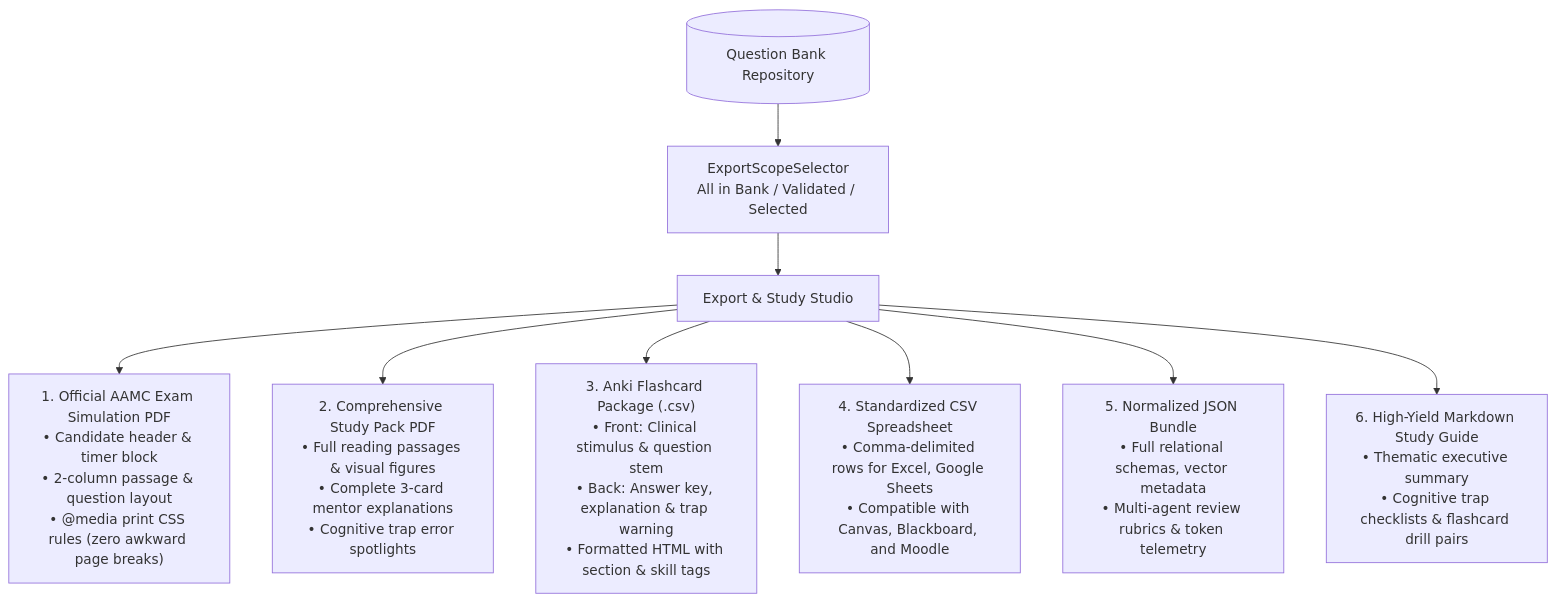
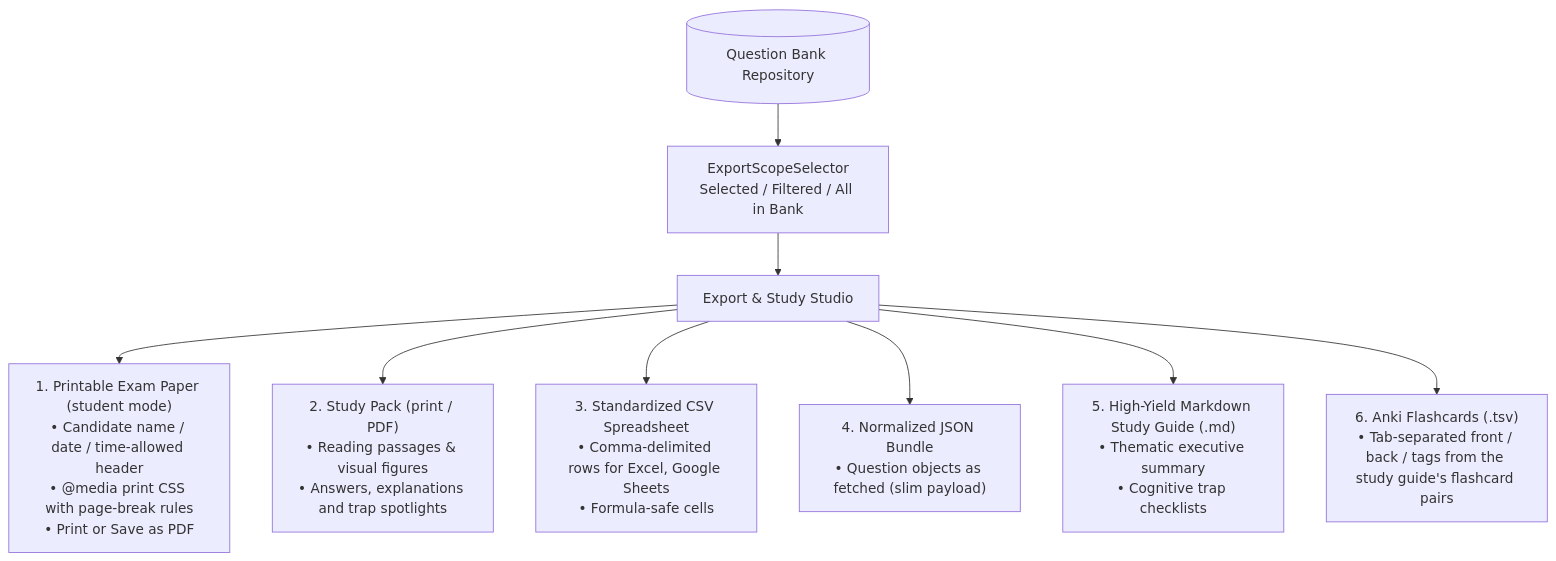
Before and after one commit to VishwamPatel-Infynno/Question-Bank-Generator: the sixth of 6 diagrams in docs/CLIENT_SYSTEM_AND_WORKFLOW_GUIDE.md, drawn with Mermaid. The commit also changed other lines of this file and 24 other files, not shown here.

Commit message:
docs: comprehensive documentation synchronization, architecture alignment, and glossary addition

````diff
--- a/docs/CLIENT_SYSTEM_AND_WORKFLOW_GUIDE.md
+++ b/docs/CLIENT_SYSTEM_AND_WORKFLOW_GUIDE.md
@@ -400,11 +442,11 @@
 ```mermaid
 graph TD
-    Repo[(Question Bank Repository)] --> Scope[ExportScopeSelector<br/>All in Bank / Validated / Selected]
+    Repo[(Question Bank Repository)] --> Scope[ExportScopeSelector<br/>Selected / Filtered / All in Bank]
     Scope --> Studio[Export & Study Studio]
-    Studio --> F1["1. Official AAMC Exam Simulation PDF<br/>• Candidate header & timer block<br/>• 2-column passage & question layout<br/>• @media print CSS rules (zero awkward page breaks)"]
-    Studio --> F2["2. Comprehensive Study Pack PDF<br/>• Full reading passages & visual figures<br/>• Complete 3-card mentor explanations<br/>• Cognitive trap error spotlights"]
-    Studio --> F3["3. Anki Flashcard Package (.csv)<br/>• Front: Clinical stimulus & question stem<br/>• Back: Answer key, explanation & trap warning<br/>• Formatted HTML with section & skill tags"]
-    Studio --> F4["4. Standardized CSV Spreadsheet<br/>• Comma-delimited rows for Excel, Google Sheets<br/>• Compatible with Canvas, Blackboard, and Moodle"]
-    Studio --> F5["5. Normalized JSON Bundle<br/>• Full relational schemas, vector metadata<br/>• Multi-agent review rubrics & token telemetry"]
-    Studio --> F6["6. High-Yield Markdown Study Guide<br/>• Thematic executive summary<br/>• Cognitive trap checklists & flashcard drill pairs"]
+    Studio --> F1["1. Printable Exam Paper (student mode)<br/>• Candidate name / date / time-allowed header<br/>• @media print CSS with page-break rules<br/>• Print or Save as PDF"]
+    Studio --> F2["2. Study Pack (print / PDF)<br/>• Reading passages & visual figures<br/>• Answers, explanations and trap spotlights"]
+    Studio --> F3["3. Standardized CSV Spreadsheet<br/>• Comma-delimited rows for Excel, Google Sheets<br/>• Formula-safe cells"]
+    Studio --> F4["4. Normalized JSON Bundle<br/>• Question objects as fetched (slim payload)"]
+    Studio --> F5["5. High-Yield Markdown Study Guide (.md)<br/>• Thematic executive summary<br/>• Cognitive trap checklists"]
+    Studio --> F6["6. Anki Flashcards (.tsv)<br/>• Tab-separated front / back / tags from the study guide's flashcard pairs"]
 ```
````
